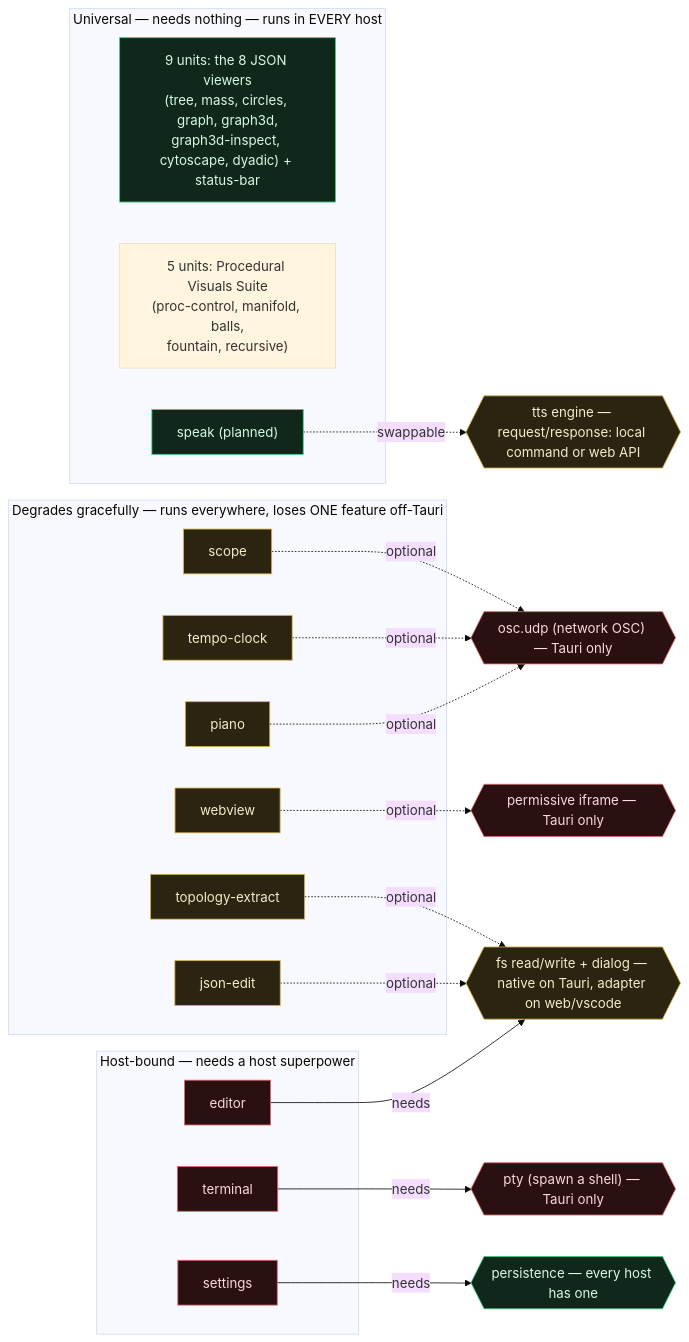
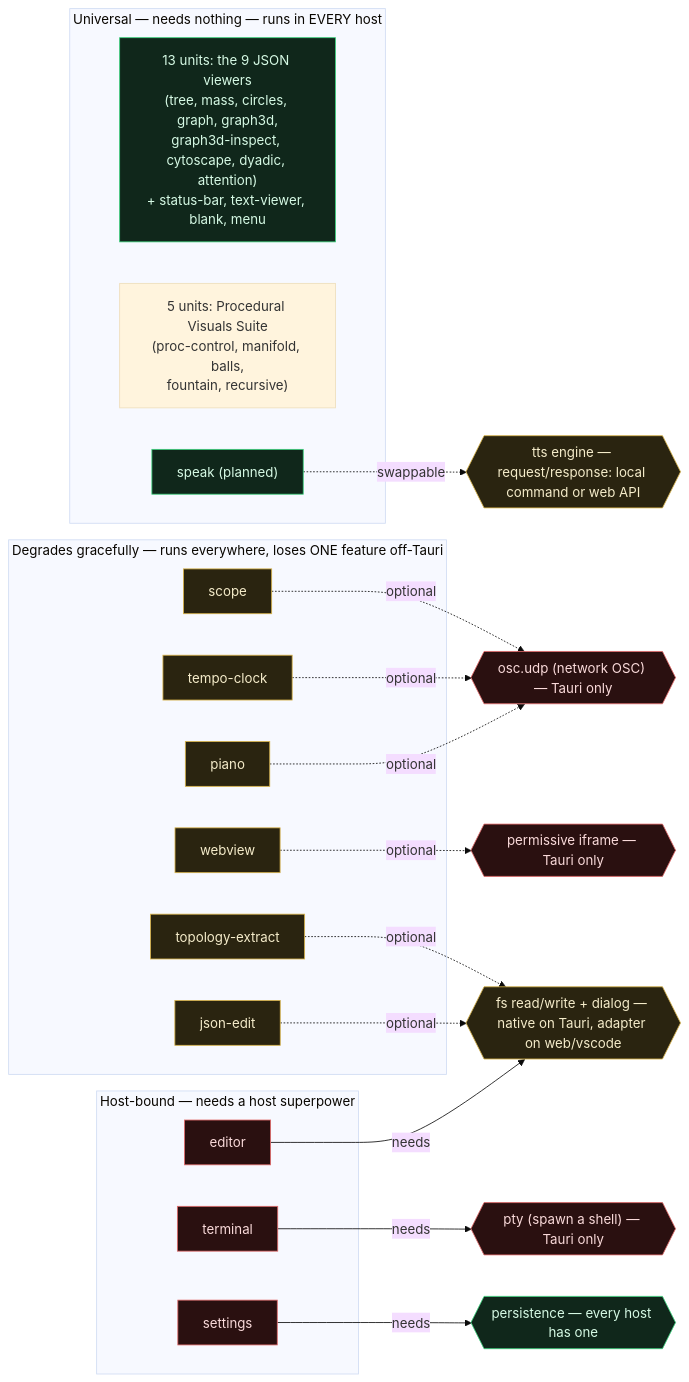
Before and after one commit to halapenyoharry/exoskeleton: the diagram in docs/panel-capability-map.md, drawn with Mermaid (base theme). The commit also changed other lines of this file and 2 other files, not shown here.

````diff
--- a/docs/panel-capability-map.md
+++ b/docs/panel-capability-map.md
@@ -15,54 +15,54 @@
 ```mermaid
 flowchart LR
   subgraph PORTABLE["Universal — needs nothing — runs in EVERY host"]
-    U["9 units: the 8 JSON viewers<br/>(tree, mass, circles, graph, graph3d,<br/>graph3d-inspect, cytoscape, dyadic) + status-bar"]
+    U["13 units: the 9 JSON viewers<br/>(tree, mass, circles, graph, graph3d,<br/>graph3d-inspect, cytoscape, dyadic, attention)<br/>+ status-bar, text-viewer, blank, menu"]
     Proc["5 units: Procedural Visuals Suite<br/>(proc-control, manifold, balls,<br/>fountain, recursive)"]
     Speak["speak (planned)"]
   end
 
   subgraph DEGRADE["Degrades gracefully — runs everywhere, loses ONE feature off-Tauri"]
     Piano["piano"]
     Clock["tempo-clock"]
     Scope["scope"]
     JsonEdit["json-edit"]
     Webview["webview"]
     TopoExtract["topology-extract"]
   end
 
   subgraph HOSTBOUND["Host-bound — needs a host superpower"]
     Terminal["terminal"]
     Editor["editor"]
     Settings["settings"]
   end
 
   PTY{{"pty (spawn a shell) — Tauri only"}}
   OSCUDP{{"osc.udp (network OSC) — Tauri only"}}
   IFRAME{{"permissive iframe — Tauri only"}}
   FS{{"fs read/write + dialog — native on Tauri, adapter on web/vscode"}}
   PERSIST{{"persistence — every host has one"}}
   TTS{{"tts engine — request/response: local command or web API"}}
 
   Terminal -->|needs| PTY
   Editor -->|needs| FS
   Settings -->|needs| PERSIST
   JsonEdit -.optional.-> FS
   Piano -.optional.-> OSCUDP
   Clock -.optional.-> OSCUDP
   Scope -.optional.-> OSCUDP
   Webview -.optional.-> IFRAME
   TopoExtract -.optional.-> FS
   Speak -.swappable.-> TTS
 
   classDef portable fill:#10271b,stroke:#39cf7a,color:#d6fae5;
   classDef degrade fill:#2a2410,stroke:#d8b34a,color:#f5ecca;
   classDef bound fill:#2a1010,stroke:#e06a6a,color:#fadada;
   classDef capTauri fill:#2a1010,stroke:#e06a6a,color:#fadada;
   classDef capAny fill:#10271b,stroke:#39cf7a,color:#d6fae5;
   classDef capAdapt fill:#2a2410,stroke:#d8b34a,color:#f5ecca;
   class U,Speak portable;
   class Piano,Clock,Scope,JsonEdit,Webview,TopoExtract degrade;
   class Terminal,Editor,Settings bound;
   class PTY,OSCUDP,IFRAME capTauri;
   class PERSIST capAny;
   class FS,TTS capAdapt;
 ```
````
